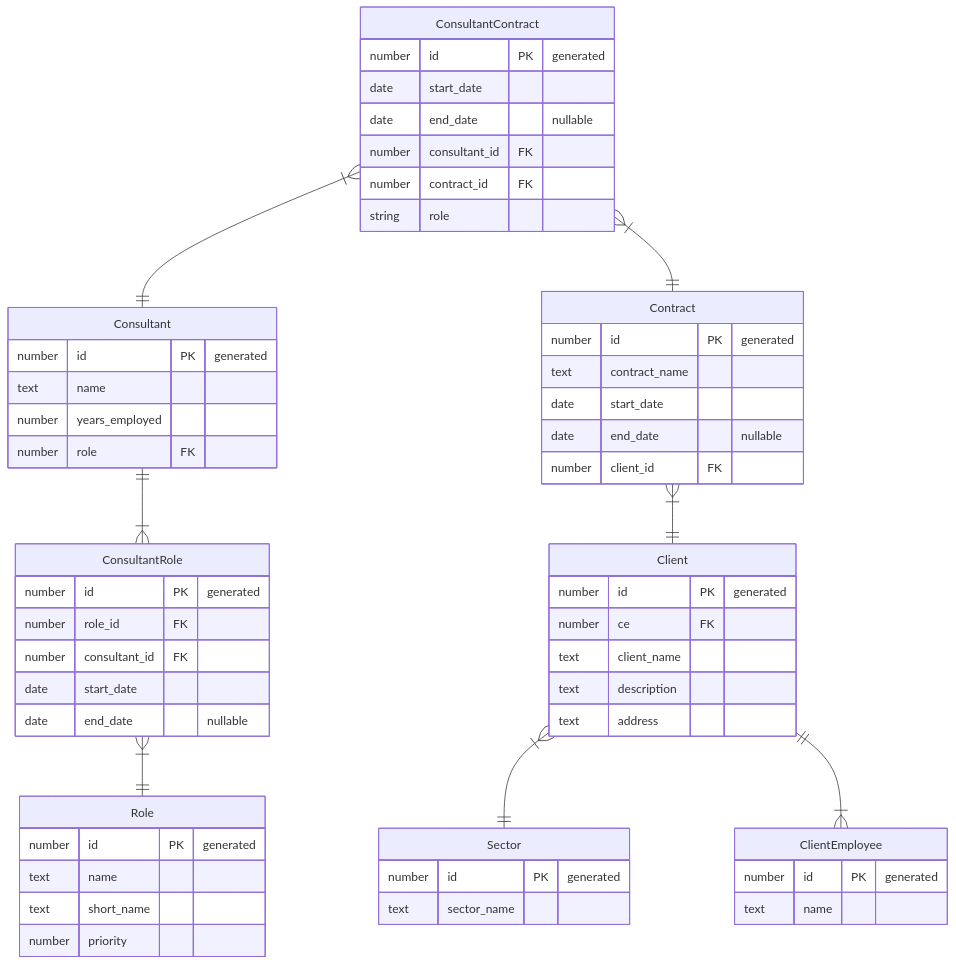
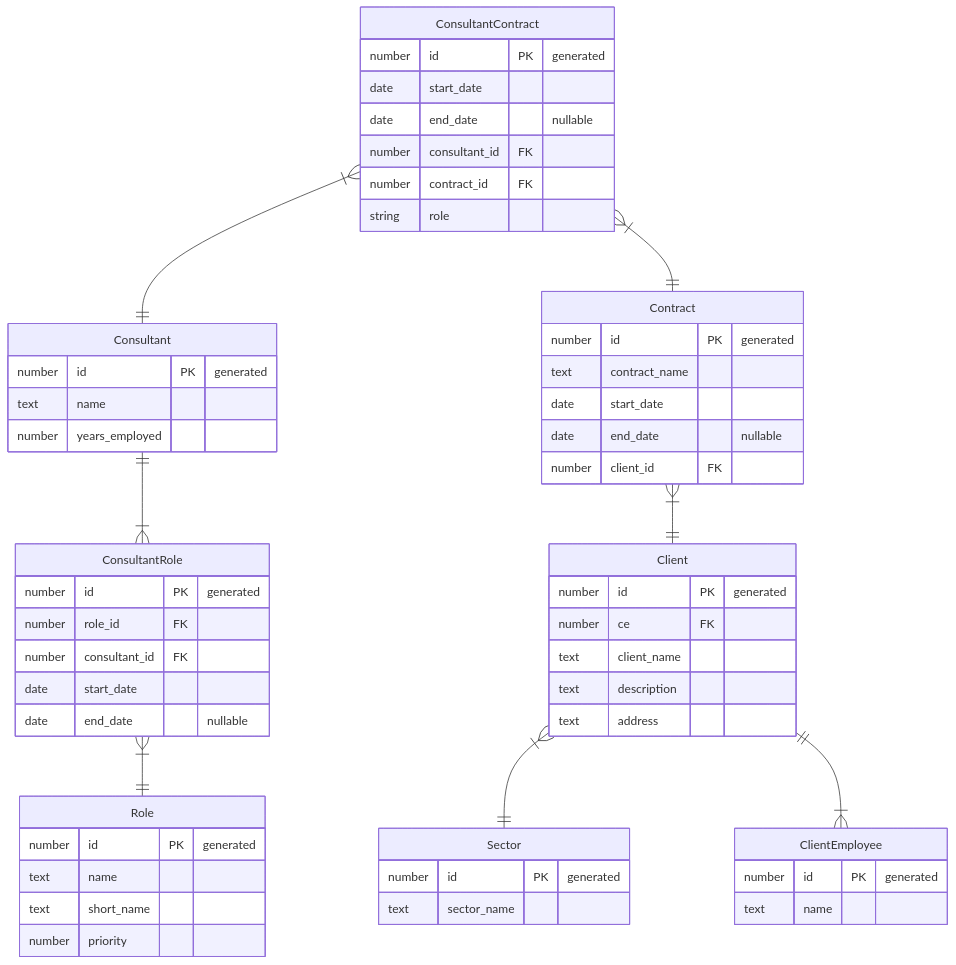
One commit to JDoro/resource-management-poc changed the diagram in docs/project-staffing-entity-relationships-V2-WIP.mmd. Above: the diagram before and after it, drawn with Mermaid. The commit also changed 1 other file, not shown here.

Commit message:
Remove role foreign key from staffing entity relationship diagrams

```diff
--- a/docs/project-staffing-entity-relationships-V2-WIP.mmd
+++ b/docs/project-staffing-entity-relationships-V2-WIP.mmd
@@ -1,58 +1,57 @@
 erDiagram
 Consultant {
 number id PK "generated"
 text name
 number years_employed
-number role FK
 }
 ConsultantContract {
 number id PK "generated"
 date start_date
 date end_date "nullable"
 number consultant_id FK
 number contract_id FK
 string role
 }
 Contract {
 number id PK "generated"
 text contract_name
 date start_date
 date end_date "nullable"
 number client_id FK
 }
 Client {
 number id PK "generated"
 number ce FK
 text client_name
 text description
 text address
 }
 Sector {
 number id PK "generated"
 text sector_name
 }
 Role {
 number id PK "generated"
 text name
 text short_name
 number priority
 }
 ClientEmployee {
 number id PK "generated"
 text name
 }
 ConsultantRole {
 number id PK "generated"
 number role_id FK
 number consultant_id FK
 date start_date
 date end_date "nullable"
 }
 
     ConsultantContract |{--|| Consultant : ""
     ConsultantContract |{--|| Contract : ""
     Consultant ||--|{ ConsultantRole : ""
     Contract |{--|| Client : ""
     Client |{--|| Sector : ""
     Client ||--|{ ClientEmployee : ""
     ConsultantRole |{--|| Role : ""
```
